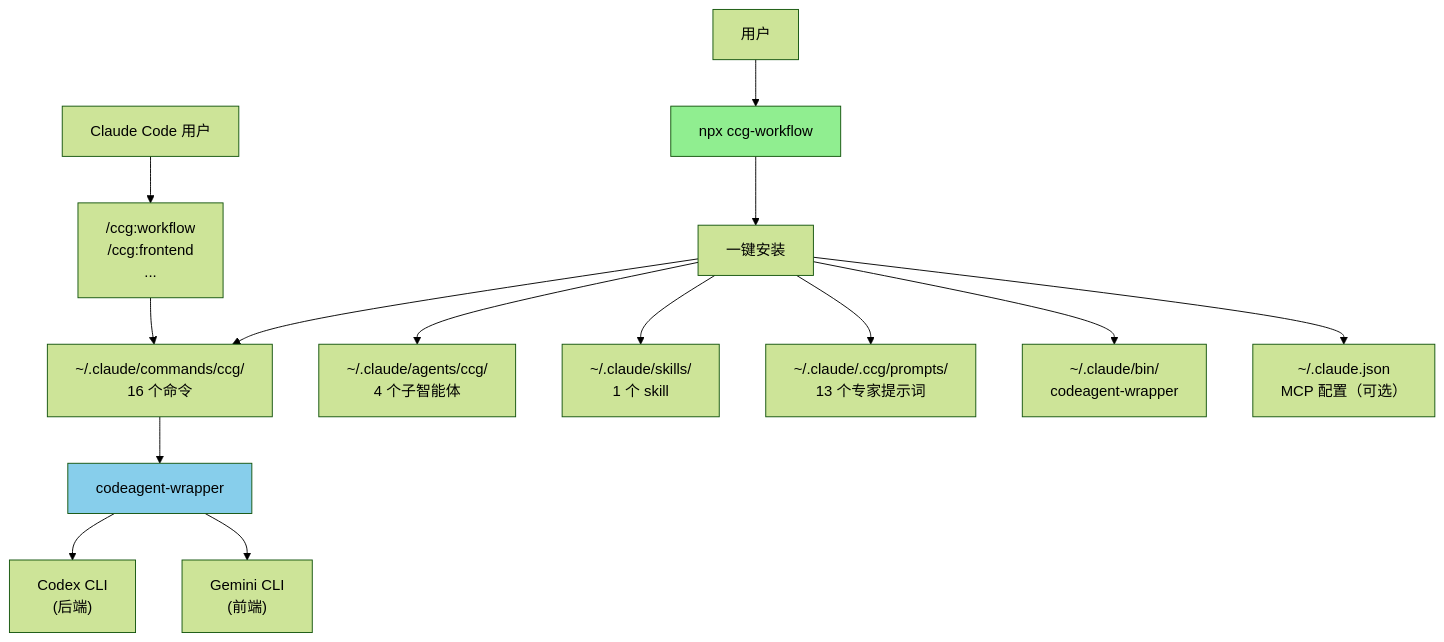
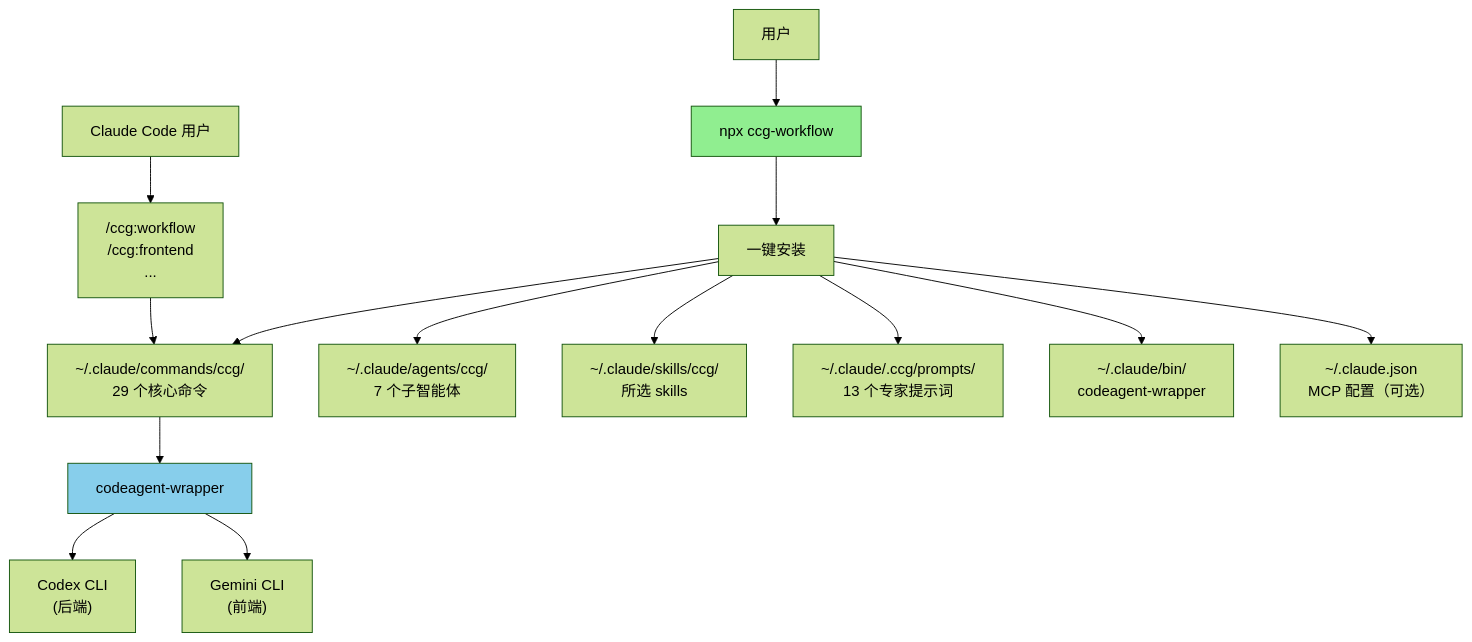
The diagram in AGENTS.md (lindong28/ccg-workflow), drawn with Mermaid (forest theme) before and after one commit. The commit also changed other lines of this file and 2 other files, not shown here.

````diff
--- a/AGENTS.md
+++ b/AGENTS.md
@@ -441,22 +446,22 @@
 ```mermaid
 graph TD
     User["用户"] --> CLI["npx ccg-workflow"]
     CLI --> Init["一键安装"]
     
-    Init --> Commands["~/.claude/commands/ccg/<br/>16 个命令"]
-    Init --> Agents["~/.claude/agents/ccg/<br/>4 个子智能体"]
-    Init --> Skills["~/.claude/skills/<br/>1 个 skill"]
+    Init --> Commands["~/.claude/commands/ccg/<br/>29 个核心命令"]
+    Init --> Agents["~/.claude/agents/ccg/<br/>7 个子智能体"]
+    Init --> Skills["~/.claude/skills/ccg/<br/>所选 skills"]
     Init --> Prompts["~/.claude/.ccg/prompts/<br/>13 个专家提示词"]
     Init --> Binary["~/.claude/bin/<br/>codeagent-wrapper"]
     Init --> MCP["~/.claude.json<br/>MCP 配置（可选）"]
 
     User2["Claude Code 用户"] --> SlashCmd["/ccg:workflow<br/>/ccg:frontend<br/>..."]
     SlashCmd --> Commands
 
     Commands --> Wrapper["codeagent-wrapper"]
     Wrapper --> Codex["Codex CLI<br/>(后端)"]
     Wrapper --> Gemini["Gemini CLI<br/>(前端)"]
 
     style CLI fill:#90EE90
     style Wrapper fill:#87CEEB
 ```
````
